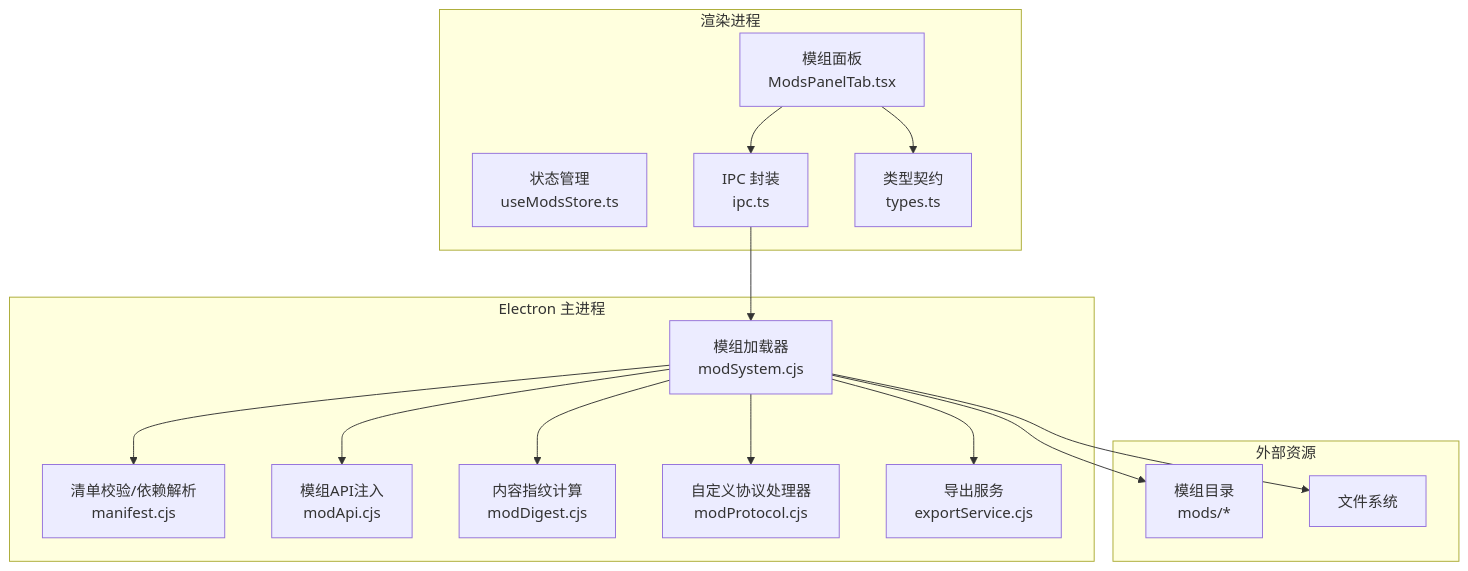
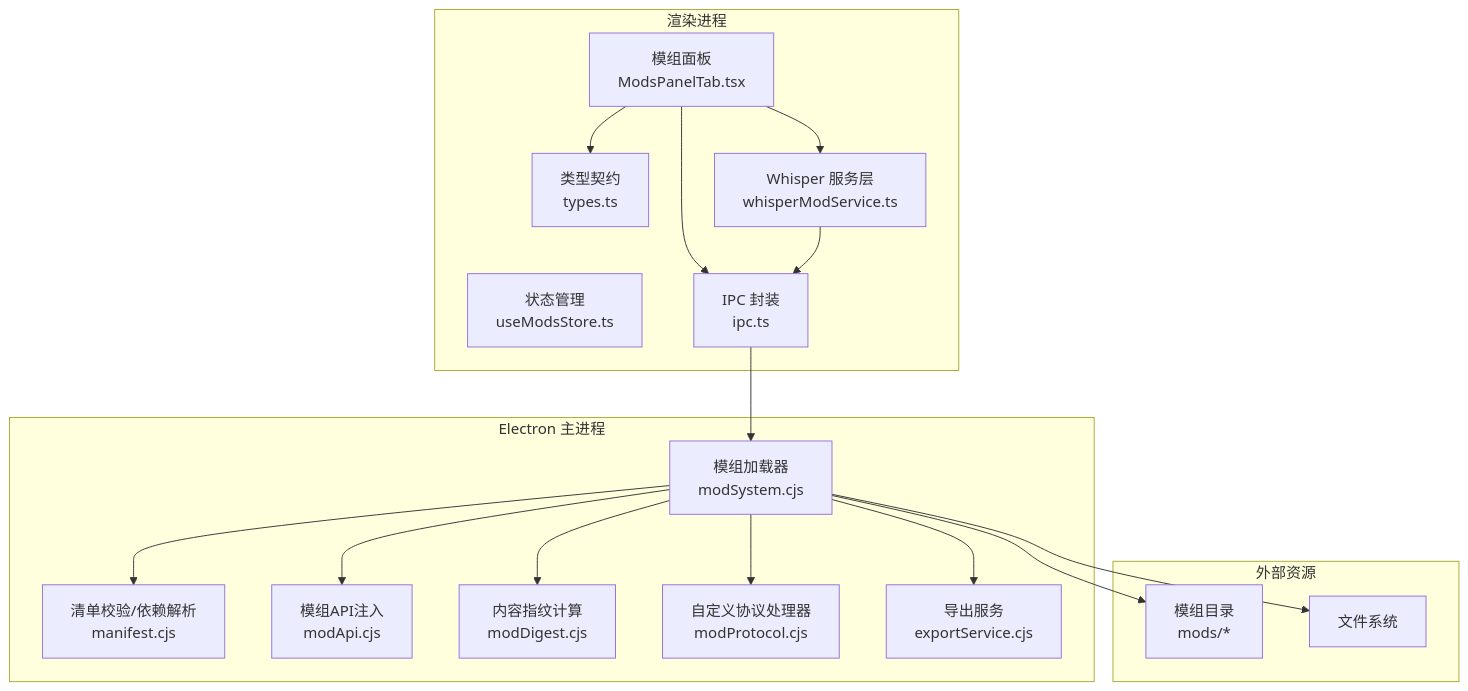
One commit to nonemarks/folia_player changed the first of 8 diagrams in .qoder/repowiki/zh/content/模组系统/模组架构设计/模组架构设计.md. Above: the diagram before and after it, drawn with Mermaid. The commit also changed other lines of this file and 4 other files, not shown here.

````diff
--- a/.qoder/repowiki/zh/content/模组系统/模组架构设计/模组架构设计.md
+++ b/.qoder/repowiki/zh/content/模组系统/模组架构设计/模组架构设计.md
@@ -42,31 +55,34 @@
 ```mermaid
 graph TB
 subgraph "Electron 主进程"
 MS["模组加载器<br/>modSystem.cjs"]
 MF["清单校验/依赖解析<br/>manifest.cjs"]
 MA["模组API注入<br/>modApi.cjs"]
 MD["内容指纹计算<br/>modDigest.cjs"]
 MP["自定义协议处理器<br/>modProtocol.cjs"]
 EX["导出服务<br/>exportService.cjs"]
 end
 subgraph "渲染进程"
 UI["模组面板<br/>ModsPanelTab.tsx"]
 ST["状态管理<br/>useModsStore.ts"]
 IPC["IPC 封装<br/>ipc.ts"]
 TP["类型契约<br/>types.ts"]
+WS["Whisper 服务层<br/>whisperModService.ts"]
 end
 subgraph "外部资源"
 MODS["模组目录<br/>mods/*"]
 FS["文件系统"]
 end
 UI --> IPC
 IPC --> MS
 MS --> MF
 MS --> MA
 MS --> MD
 MS --> MP
 MS --> EX
 MS --> FS
 MS --> MODS
 UI --> TP
+UI --> WS
+WS --> IPC
 ```
````
